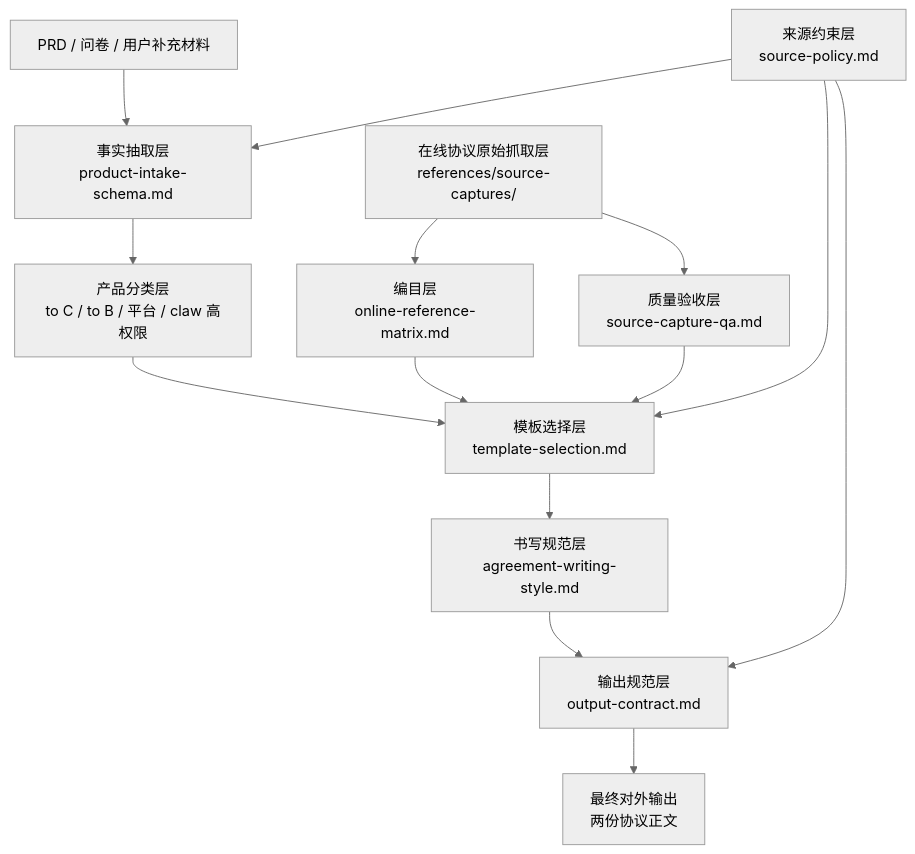
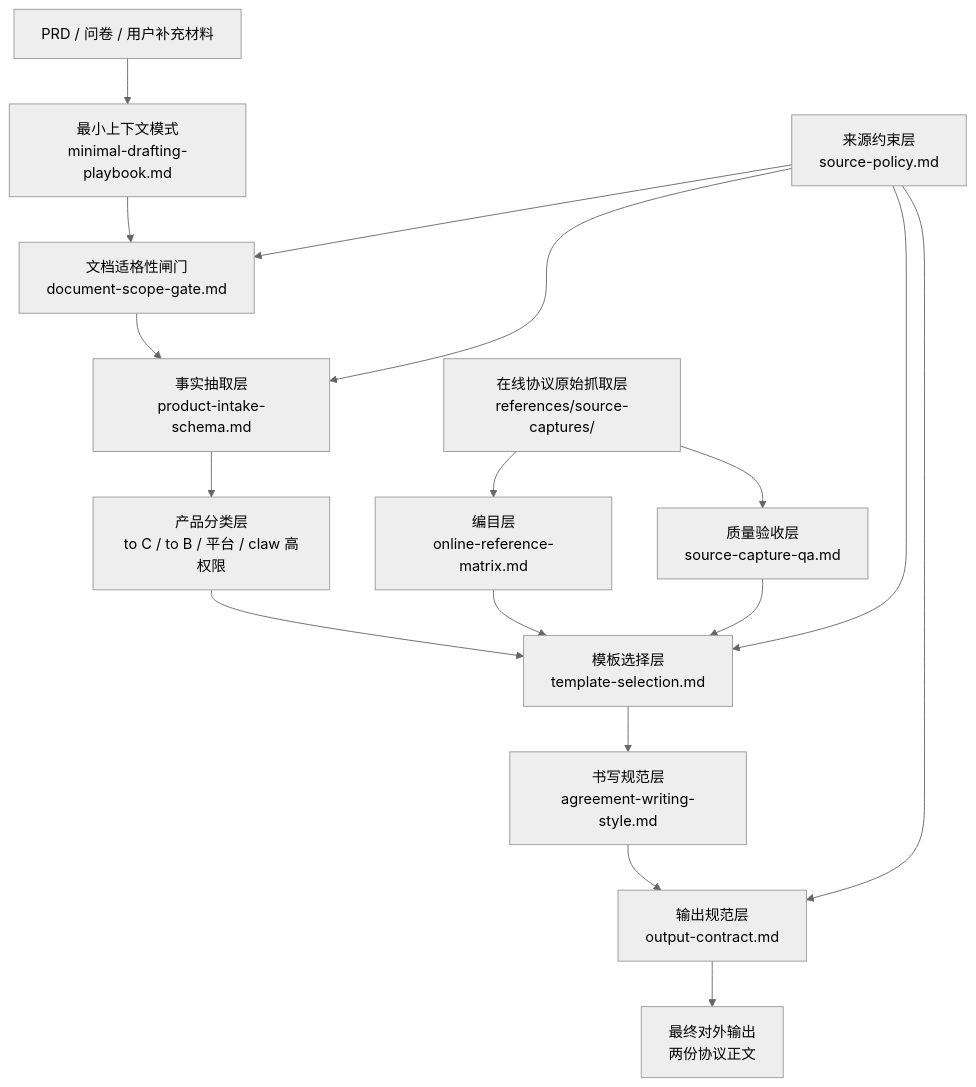
The diagram in README.md (xianshi-yyds/prd-legal-drafter), drawn with Mermaid (neutral theme) before and after one commit. The commit also changed other lines of this file and 4 other files, not shown here.

Commit message:
Tighten drafting scope and reduce context overload

````diff
--- a/README.md
+++ b/README.md
@@ -22,19 +22,22 @@
 ```mermaid
 flowchart TD
-    A["PRD / 问卷 / 用户补充材料"] --> B["事实抽取层<br/>product-intake-schema.md"]
+    A["PRD / 问卷 / 用户补充材料"] --> A1["最小上下文模式<br/>minimal-drafting-playbook.md"]
+    A1 --> A2["文档适格性闸门<br/>document-scope-gate.md"]
+    A2 --> B["事实抽取层<br/>product-intake-schema.md"]
     B --> C["产品分类层<br/>to C / to B / 平台 / claw 高权限"]
     C --> D["模板选择层<br/>template-selection.md"]
 
     E["在线协议原始抓取层<br/>references/source-captures/"] --> F["编目层<br/>online-reference-matrix.md"]
     E --> G["质量验收层<br/>source-capture-qa.md"]
     F --> D
     G --> D
 
     D --> H["书写规范层<br/>agreement-writing-style.md"]
     H --> I["输出规范层<br/>output-contract.md"]
     I --> J["最终对外输出<br/>两份协议正文"]
 
-    K["来源约束层<br/>source-policy.md"] --> B
+    K["来源约束层<br/>source-policy.md"] --> A2
+    K --> B
     K --> D
     K --> I
 ```
````
